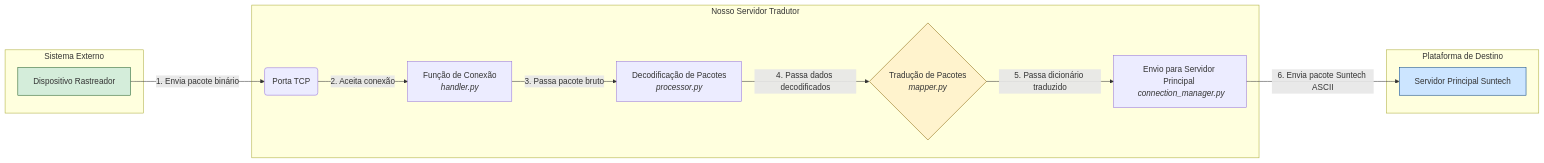
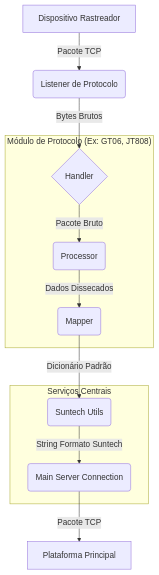
Before and after one commit to ju-sants/communication-protocol-translator: the first of 2 diagrams in README.md, drawn with Mermaid. The commit also changed other lines of this file, not shown here.

````diff
--- a/README.md
+++ b/README.md
@@ -30,29 +25,21 @@
 ```mermaid
-graph LR
-    subgraph "Sistema Externo"
-        A[Dispositivo Rastreador]
+graph TD
+    A[Dispositivo Rastreador] -- Pacote TCP --> B(Listener de Protocolo);
+    B -- Bytes Brutos --> C{Handler};
+    C -- Pacote Bruto --> D(Processor);
+    D -- Dados Dissecados --> E(Mapper);
+    E -- Dicionário Padrão --> F(Suntech Utils);
+    F -- String Formato Suntech --> G(Main Server Connection);
+    G -- Pacote TCP --> H[Plataforma Principal];
+
+    subgraph "Módulo de Protocolo (Ex: GT06, JT808)"
+        C
+        D
+        E
     end
 
-    subgraph "Nosso Servidor Tradutor"
-        B(Porta TCP)
-        C[Função de Conexão <br> <i>handler.py</i>]
-        D[Decodificação de Pacotes <br> <i>processor.py</i>]
-        E{Tradução de Pacotes <br> <i>mapper.py</i>}
-        F[Envio para Servidor Principal <br> <i>connection_manager.py</i>]
+    subgraph "Serviços Centrais"
+        F
+        G
     end
-
-    subgraph "Plataforma de Destino"
-        G[Servidor Principal Suntech]
-    end
-
-    A -- "1. Envia pacote binário" --> B
-    B -- "2. Aceita conexão" --> C
-    C -- "3. Passa pacote bruto" --> D
-    D -- "4. Passa dados decodificados" --> E
-    E -- "5. Passa dicionário traduzido" --> F
-    F -- "6. Envia pacote Suntech ASCII" --> G
-
-    style A fill:#d4edda,stroke:#155724
-    style G fill:#cce5ff,stroke:#004085
-    style E fill:#fff3cd,stroke:#856404
 ```
````
